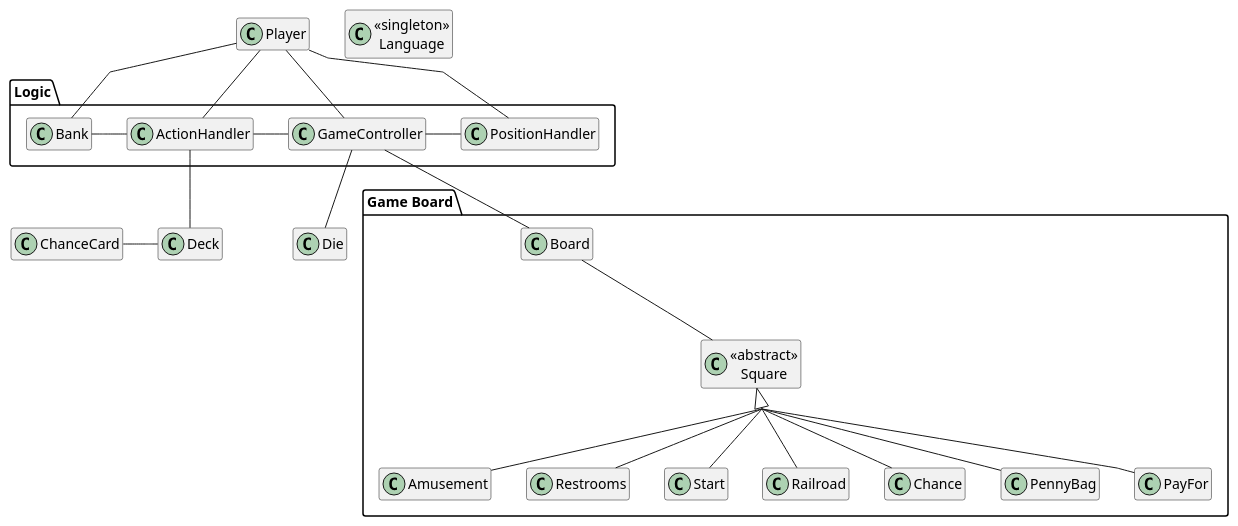
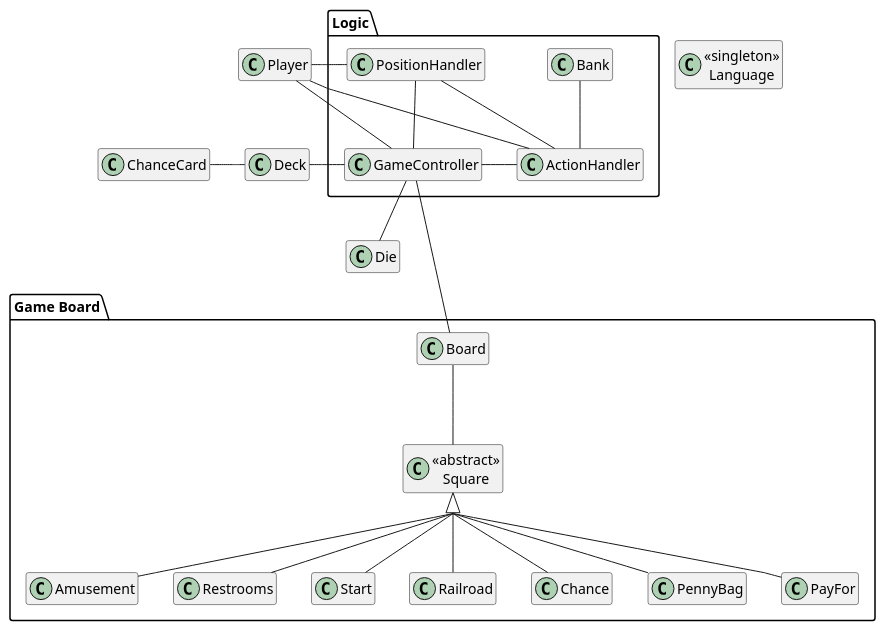
Before and after one commit to Greve2001/CDIO3: the diagram in diagrams/design2.puml, drawn with PlantUML. The commit also changed 1 other file, not shown here.

Commit message:
Remade design diagram to fit actual object relations

```diff
--- a/diagrams/design2.puml
+++ b/diagrams/design2.puml
@@ -1,61 +1,60 @@
 @startuml
 
 hide empty members
 skinparam groupInheritance 2
 
 skinparam linetype polyline
-
-
 
 
 class Die
 
 package "Game Board" {
     class Board
     class "<<abstract>>\nSquare" as Square
         class Amusement
         class Restrooms
         class Start
         class Railroad
         class Chance
         class PennyBag
         class PayFor
 }
 
 package Logic {
     class Bank
     class GameController
     class PositionHandler
     class ActionHandler
 }
 
 class Deck
 class ChanceCard
 class Player
 class "<<singleton>>\nLanguage" as Language
 
-GameController -down- Board
-GameController -- Die
+GameController -left- PositionHandler
+GameController -right- ActionHandler
+PositionHandler -- ActionHandler
 
-GameController -left- ActionHandler
-    ActionHandler -left- Bank
-    ActionHandler -- Deck
-        Deck -left ChanceCard
-GameController -right- PositionHandler
+GameController -left- Player
+ActionHandler -left- Player
+PositionHandler -left- Player
+ActionHandler -up- Bank
 
-Player -down- ActionHandler
-Player -down- PositionHandler
-Player -down- GameController
-Player -down- Bank
+GameController -down-- Board
+GameController -left- Deck
+    Deck -left- ChanceCard
+GameController -down- Die
+
 
 Board -- Square
 Square <|-- Restrooms
 Square <|-- Amusement
 Square <|-- Railroad
 Square <|-- PayFor
 Square <|-- PennyBag
 Square <|-- Start
 Square <|-- Chance
 
 
 @enduml
```
